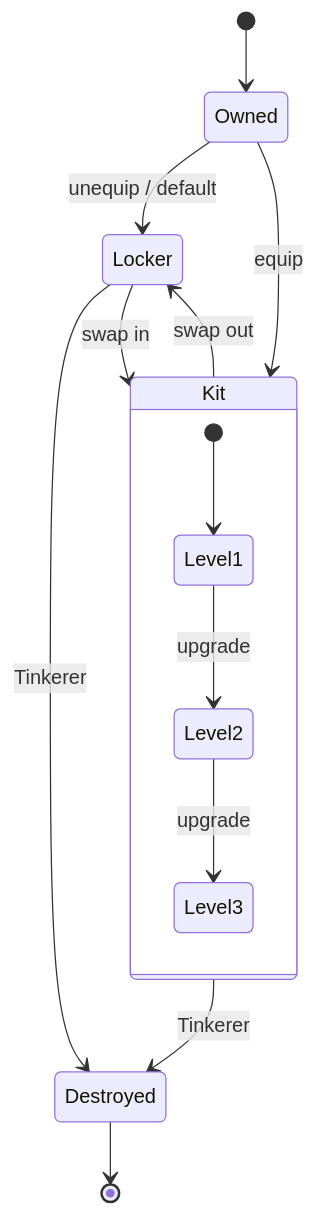
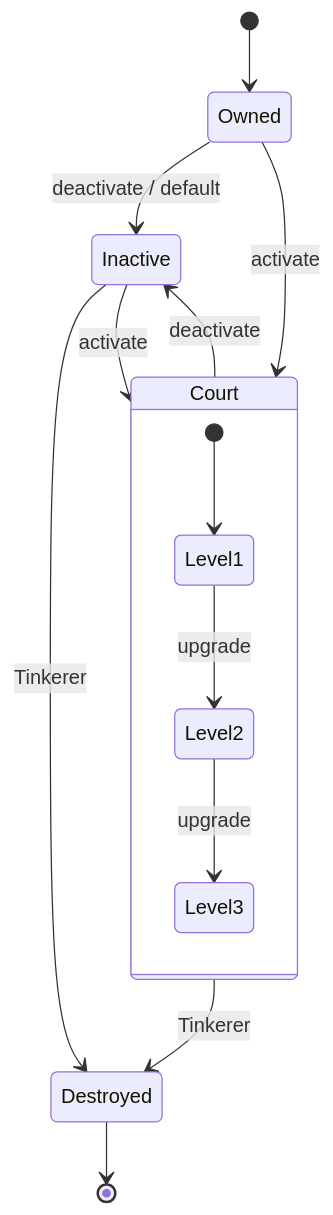
One commit to shuck-dev/volley changed the sixth of 10 diagrams in designs/01-prototype/07-effect-system.md. Above: the diagram before and after it, drawn with Mermaid. The commit also changed other lines of this file and 16 other files, not shown here.

First line of the commit message:
Feature/sh 95 spike kit and locker architecture (#150)

````diff
--- a/designs/01-prototype/07-effect-system.md
+++ b/designs/01-prototype/07-effect-system.md
@@ -337,17 +338,17 @@
 ```mermaid
 stateDiagram-v2
     [*] --> Owned
-    Owned --> Kit: equip
-    Owned --> Locker: unequip / default
-    Kit --> Locker: swap out
-    Locker --> Kit: swap in
-    Kit --> Destroyed: Tinkerer
-    Locker --> Destroyed: Tinkerer
+    Owned --> Court: activate
+    Owned --> Inactive: deactivate / default
+    Court --> Inactive: deactivate
+    Inactive --> Court: activate
+    Court --> Destroyed: Tinkerer
+    Inactive --> Destroyed: Tinkerer
     Destroyed --> [*]
 
-    state Kit {
+    state Court {
         [*] --> Level1
         Level1 --> Level2: upgrade
         Level2 --> Level3: upgrade
     }
 ```
````
